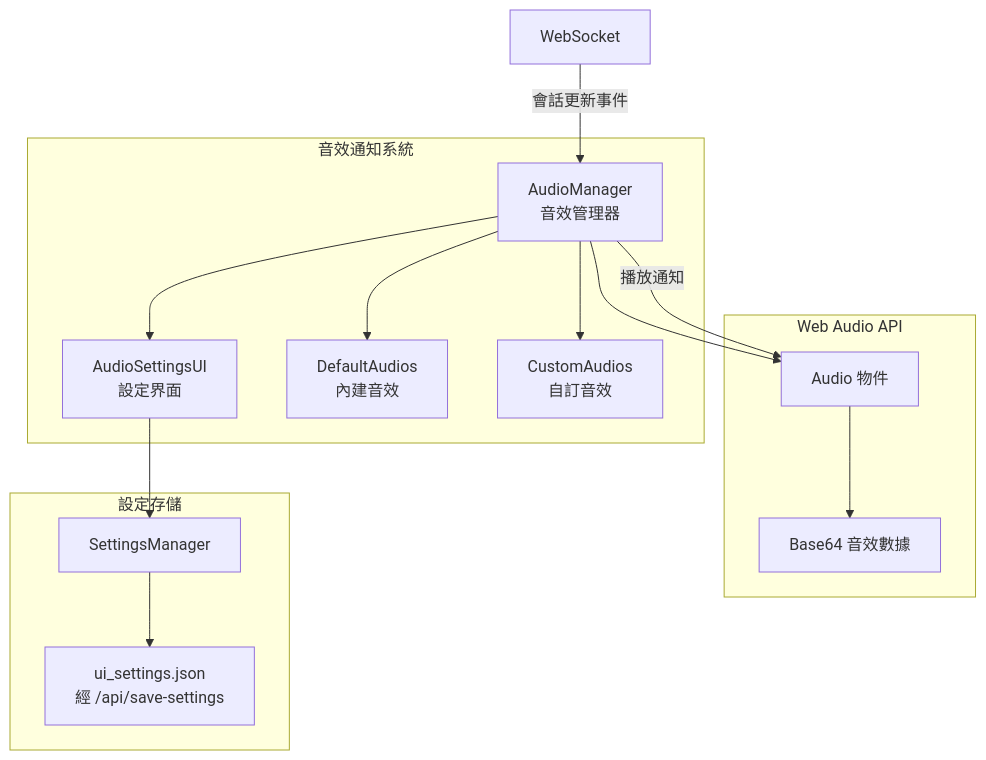
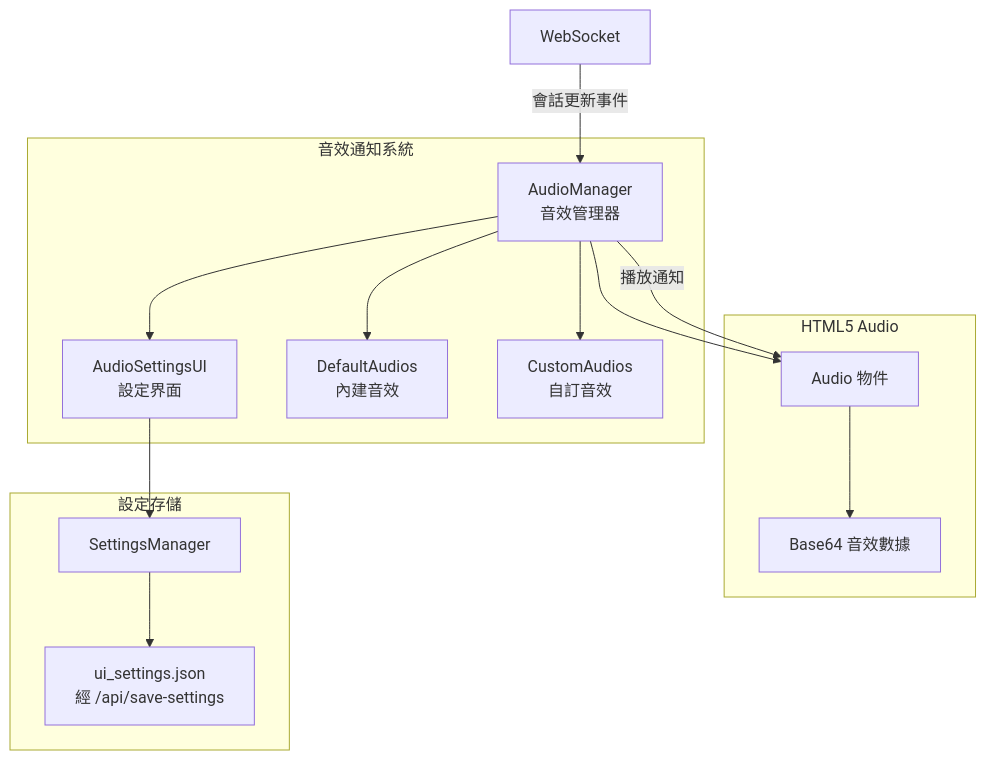
Before and after one commit to CloudEngineHub/mcp-feedback-enhanced: the fourth of 8 diagrams in docs/architecture/system-overview.md, drawn with Mermaid. The commit also changed other lines of this file, not shown here.

````diff
--- a/docs/architecture/system-overview.md
+++ b/docs/architecture/system-overview.md
@@ -370,30 +368,30 @@
 ```mermaid
 graph TB
     subgraph "音效通知系統"
         AM[AudioManager<br/>音效管理器]
         ASU[AudioSettingsUI<br/>設定界面]
         DA[DefaultAudios<br/>內建音效]
         CA[CustomAudios<br/>自訂音效]
     end
 
-    subgraph "Web Audio API"
+    subgraph "HTML5 Audio"
         AUDIO[Audio 物件]
         BASE64[Base64 音效數據]
     end
 
     subgraph "設定存儲"
         LS[ui_settings.json<br/>經 /api/save-settings]
         SM[SettingsManager]
     end
 
     AM --> ASU
     AM --> DA
     AM --> CA
     AM --> AUDIO
     AUDIO --> BASE64
     ASU --> SM
     SM --> LS
 
     WS[WebSocket] -->|會話更新事件| AM
     AM -->|播放通知| AUDIO
 ```
````
